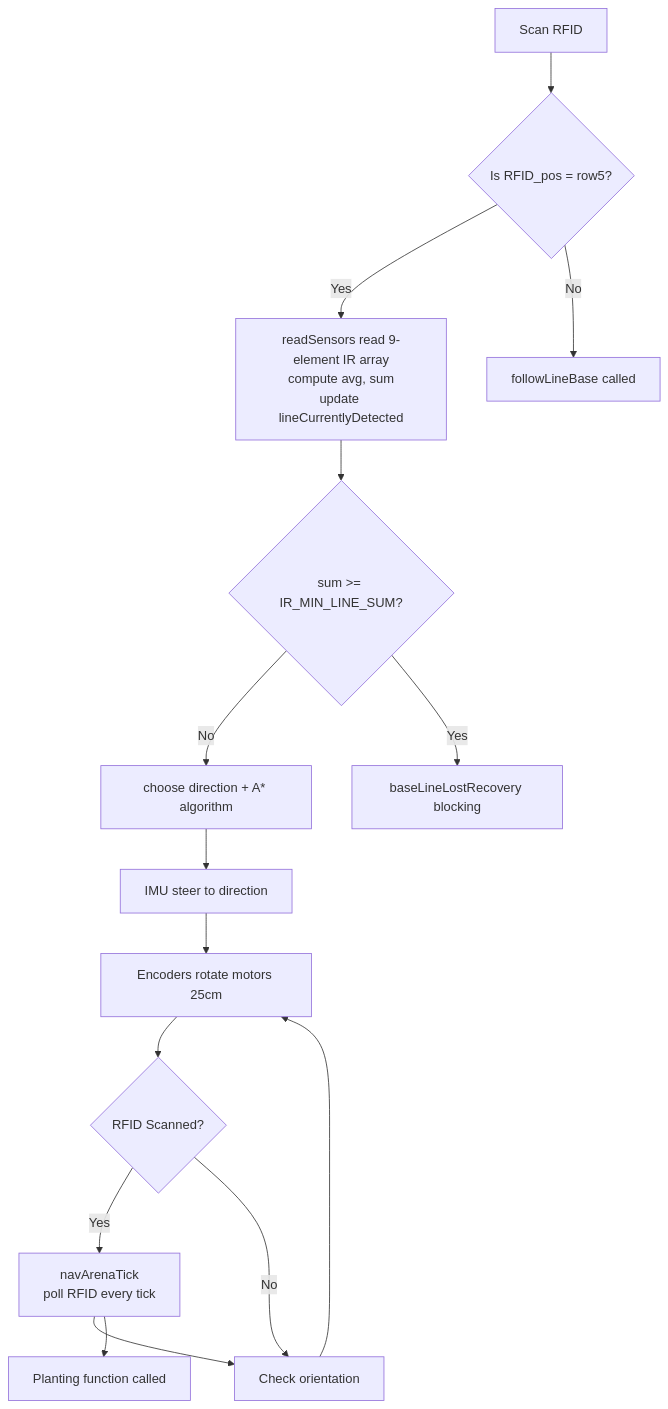
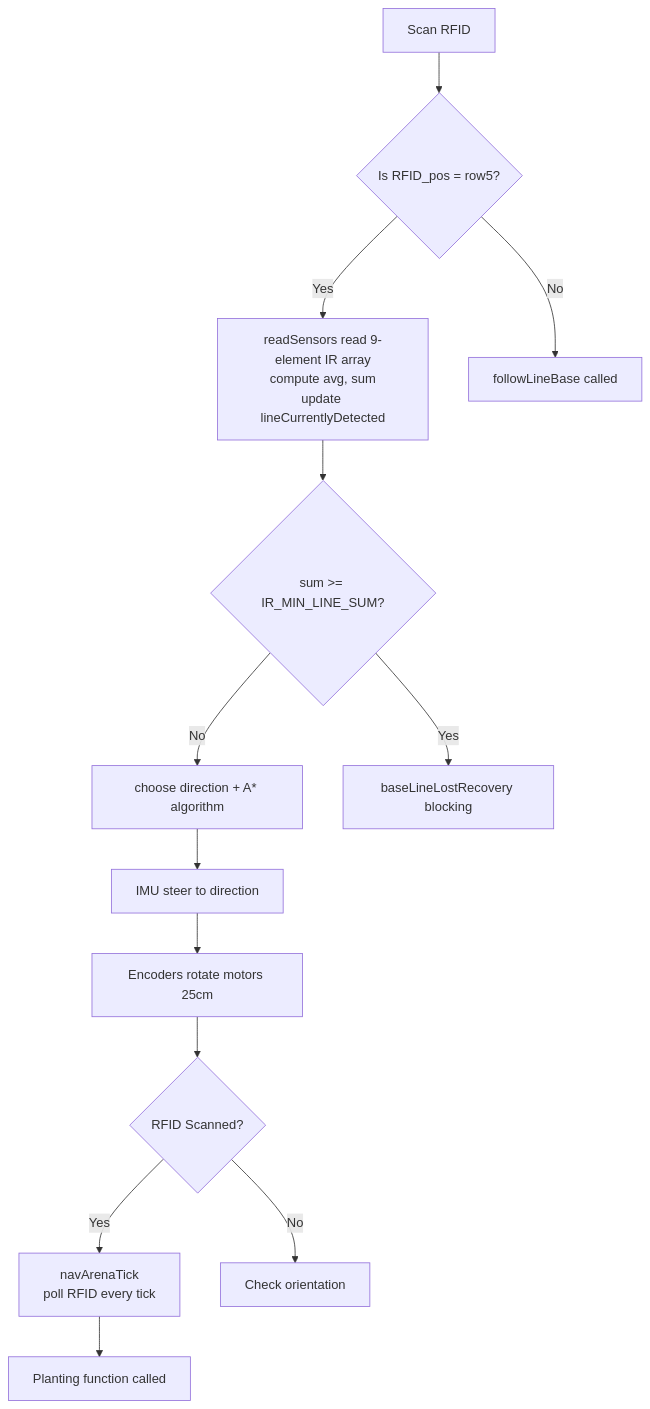
Before and after one commit to Stanleyhoo1/Robotics-Challenge: the ninth of 9 diagrams in docs/flowcharts.md, drawn with Mermaid.

Commit message:
Remove redundant planting function call from flowchart

````diff
--- a/docs/flowcharts.md
+++ b/docs/flowcharts.md
@@ -275,17 +275,15 @@
 ```mermaid
     flowchart TD
     A[Scan RFID] --> B{Is RFID_pos = row5?}
     B -- Yes -->C[readSensors read 9-element IR array<br/>compute avg, sum<br/>update lineCurrentlyDetected]
     B --No --> D[followLineBase called]
     C --> E{sum >= IR_MIN_LINE_SUM?}
     E -- No --> F[choose direction + A* algorithm]
     E -- Yes --> G[baseLineLostRecovery blocking]
     F --> H[IMU steer to direction]
     H --> I[Encoders rotate motors 25cm]
     I --> J{RFID Scanned?}
     J -- Yes --> K[navArenaTick<br/>poll RFID every tick]
-    K --> L[Planting function called]
     J -- No --> L[Check orientation]
-    L --> I
     K --> M[Planting function called]
 ```
````
